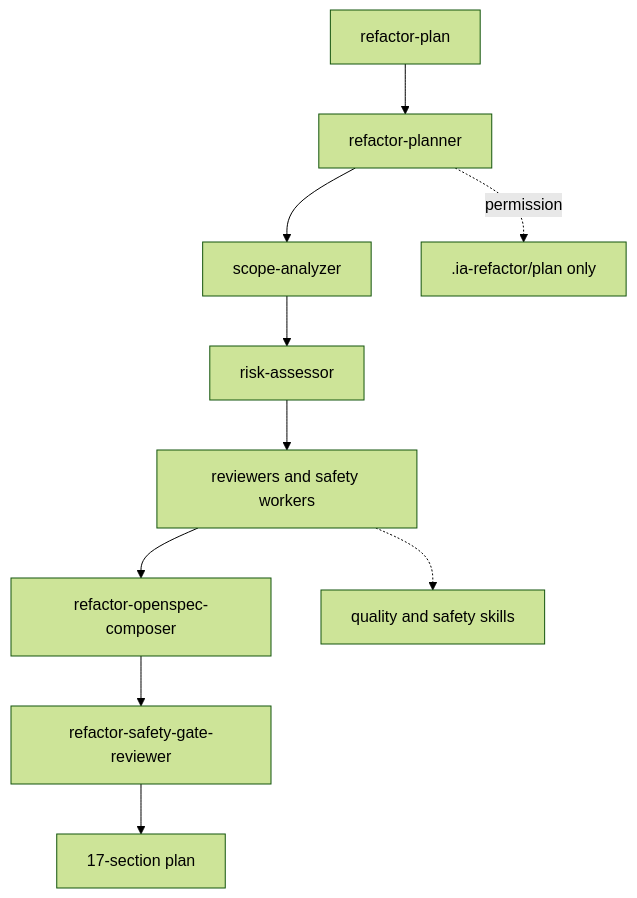
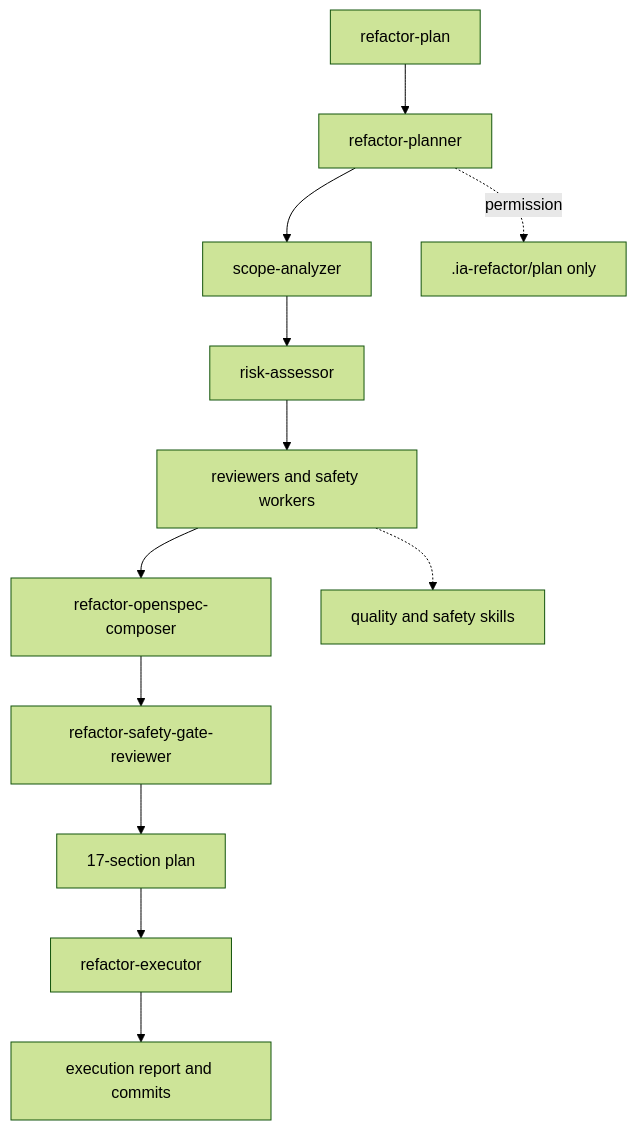
Before and after one commit to andresnator/agents-orchestrator: the diagram in domains/refactor/README.md, drawn with Mermaid (forest theme). The commit also changed other lines of this file and 3 other files, not shown here.

Commit message:
feat: add refactor plan executor

````diff
--- a/domains/refactor/README.md
+++ b/domains/refactor/README.md
@@ -9,12 +9,14 @@
 ```mermaid
 graph TD
   command[refactor-plan] --> planner[refactor-planner]
   planner --> scope[scope-analyzer]
   scope --> risk[risk-assessor]
   risk --> reviewers[reviewers and safety workers]
   reviewers --> composer[refactor-openspec-composer]
   composer --> safety[refactor-safety-gate-reviewer]
   safety --> plan[17-section plan]
+  plan --> executor[refactor-executor]
+  executor --> report[execution report and commits]
   planner -. permission .-> boundary[.ia-refactor/plan only]
   reviewers -.-> skills[quality and safety skills]
 ```
````
